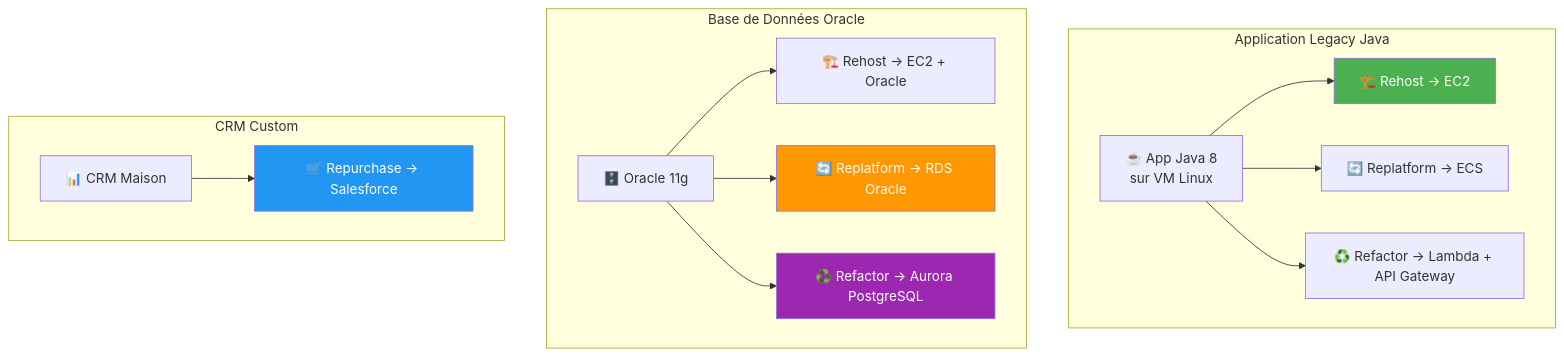
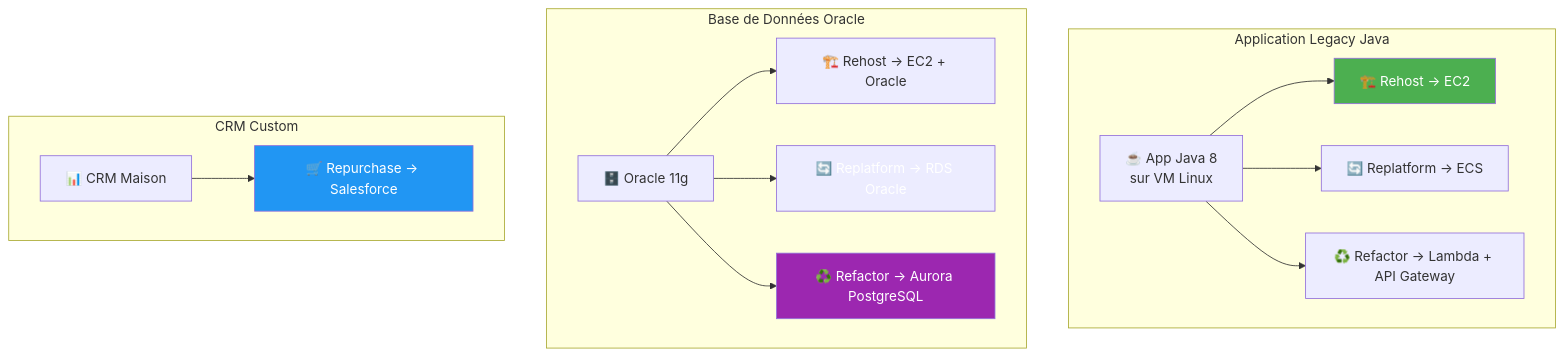
The fourth of 15 diagrams in docs/formations/cloud-fundamentals/11-module.md (VBlackJack/ShellBook), drawn with Mermaid before and after one commit. The commit also changed other lines of this file and 337 other files, not shown here.

First line of the commit message:
refactor(docs): Standardize code blocks and Mermaid colors

````diff
--- a/docs/formations/cloud-fundamentals/11-module.md
+++ b/docs/formations/cloud-fundamentals/11-module.md
@@ -117,34 +117,34 @@
 ```mermaid
 graph TB
     subgraph "Application Legacy Java"
         APP1["☕ App Java 8<br/>sur VM Linux"]
         R1["🏗️ Rehost → EC2"]
         R1B["🔄 Replatform → ECS"]
         R1C["♻️ Refactor → Lambda + API Gateway"]
     end
 
     subgraph "Base de Données Oracle"
         APP2["🗄️ Oracle 11g"]
         R2["🏗️ Rehost → EC2 + Oracle"]
         R2B["🔄 Replatform → RDS Oracle"]
         R2C["♻️ Refactor → Aurora PostgreSQL"]
     end
 
     subgraph "CRM Custom"
         APP3["📊 CRM Maison"]
         R3["🛒 Repurchase → Salesforce"]
     end
 
     APP1 --> R1
     APP1 --> R1B
     APP1 --> R1C
     APP2 --> R2
     APP2 --> R2B
     APP2 --> R2C
     APP3 --> R3
 
     style R1 fill:#4caf50,color:#fff
-    style R2B fill:#ff9800,color:#fff
+    style R2B fill:#FF9800800800,color:#fff
     style R2C fill:#9c27b0,color:#fff
     style R3 fill:#2196f3,color:#fff
 ```
````
